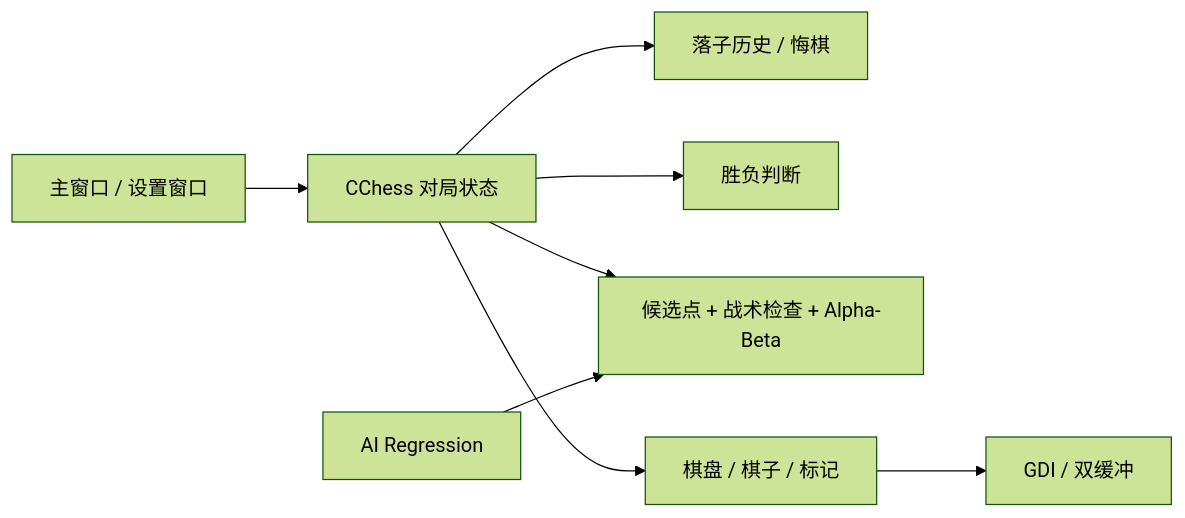
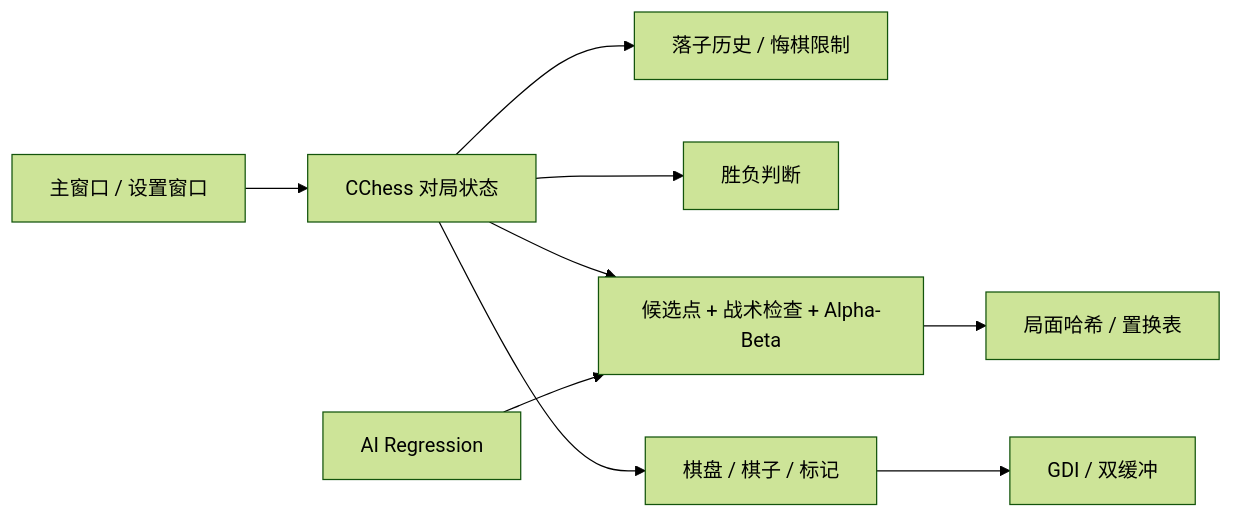
One commit to LynViii/FiveChess changed the diagram in README.md. Above: the diagram before and after it, drawn with Mermaid (forest theme). The commit also changed other lines of this file and 9 other files, not shown here.

````diff
--- a/README.md
+++ b/README.md
@@ -99,10 +108,11 @@
 ```mermaid
 flowchart LR
     UI[主窗口 / 设置窗口] --> GAME[CChess 对局状态]
-    GAME --> HISTORY[落子历史 / 悔棋]
+    GAME --> HISTORY[落子历史 / 悔棋限制]
     GAME --> RULE[胜负判断]
     GAME --> AI[候选点 + 战术检查 + Alpha-Beta]
+    AI --> CACHE[局面哈希 / 置换表]
     GAME --> DRAW[棋盘 / 棋子 / 标记]
     DRAW --> GDI[GDI / 双缓冲]
     TEST[AI Regression] --> AI
 ```
````
